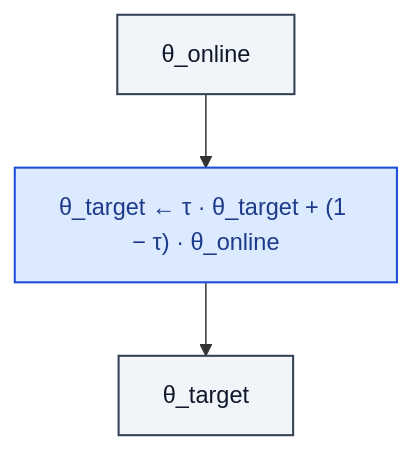
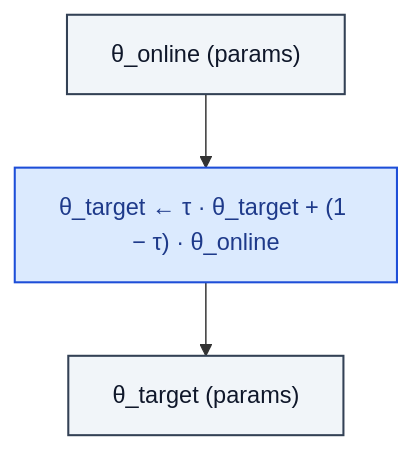
Before and after one commit to RealityShifts/Srivastava-book-of-Blocks-diagrams: the diagram in rl/TargetNetwork.md, drawn with Mermaid. The commit also changed 123 other files, not shown here.

````diff
--- a/rl/TargetNetwork.md
+++ b/rl/TargetNetwork.md
@@ -7,17 +7,18 @@
 ```mermaid
 flowchart TD
-    n0_0["θ_online"]:::io
+    n0_0["θ_online  (params)"]:::io
     n1_0["θ_target ← τ · θ_target + (1 − τ) · θ_online"]:::op
-    n2_0["θ_target"]:::io
+    n2_0["θ_target  (params)"]:::io
     n0_0 --> n1_0
     n1_0 --> n2_0
     classDef io fill:#f1f5f9,stroke:#334155,stroke-width:1.4px,color:#0f172a
     classDef op fill:#dbeafe,stroke:#1d4ed8,stroke-width:1.4px,color:#1e3a8a
     classDef norm fill:#dcfce7,stroke:#15803d,stroke-width:1.4px,color:#14532d
     classDef act fill:#ffedd5,stroke:#c2410c,stroke-width:1.4px,color:#7c2d12
     classDef attn fill:#ede9fe,stroke:#6d28d9,stroke-width:1.4px,color:#4c1d95
     classDef merge fill:#fef3c7,stroke:#b45309,stroke-width:1.4px,color:#78350f
     classDef emb fill:#fef9c3,stroke:#a16207,stroke-width:1.4px,color:#713f12
     classDef loss fill:#fee2e2,stroke:#b91c1c,stroke-width:1.4px,color:#7f1d1d
     classDef ctrl fill:#f5f5f4,stroke:#52525b,stroke-width:1.4px,color:#27272a
+    classDef ref fill:#e0f2fe,stroke:#0369a1,stroke-width:2px,color:#0c4a6e,stroke-dasharray: 4 2
 ```
````
